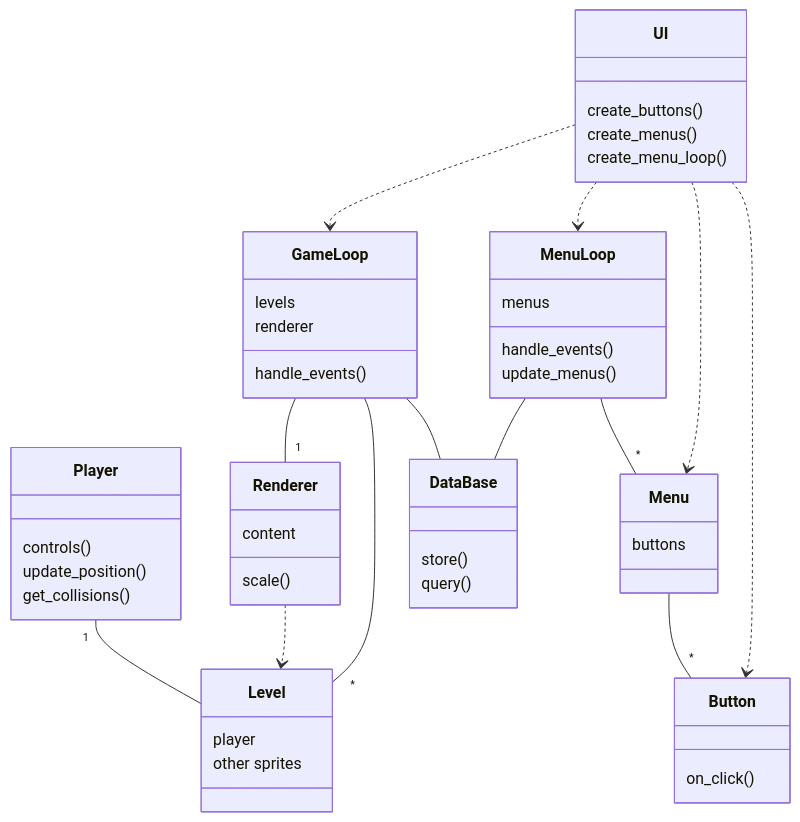
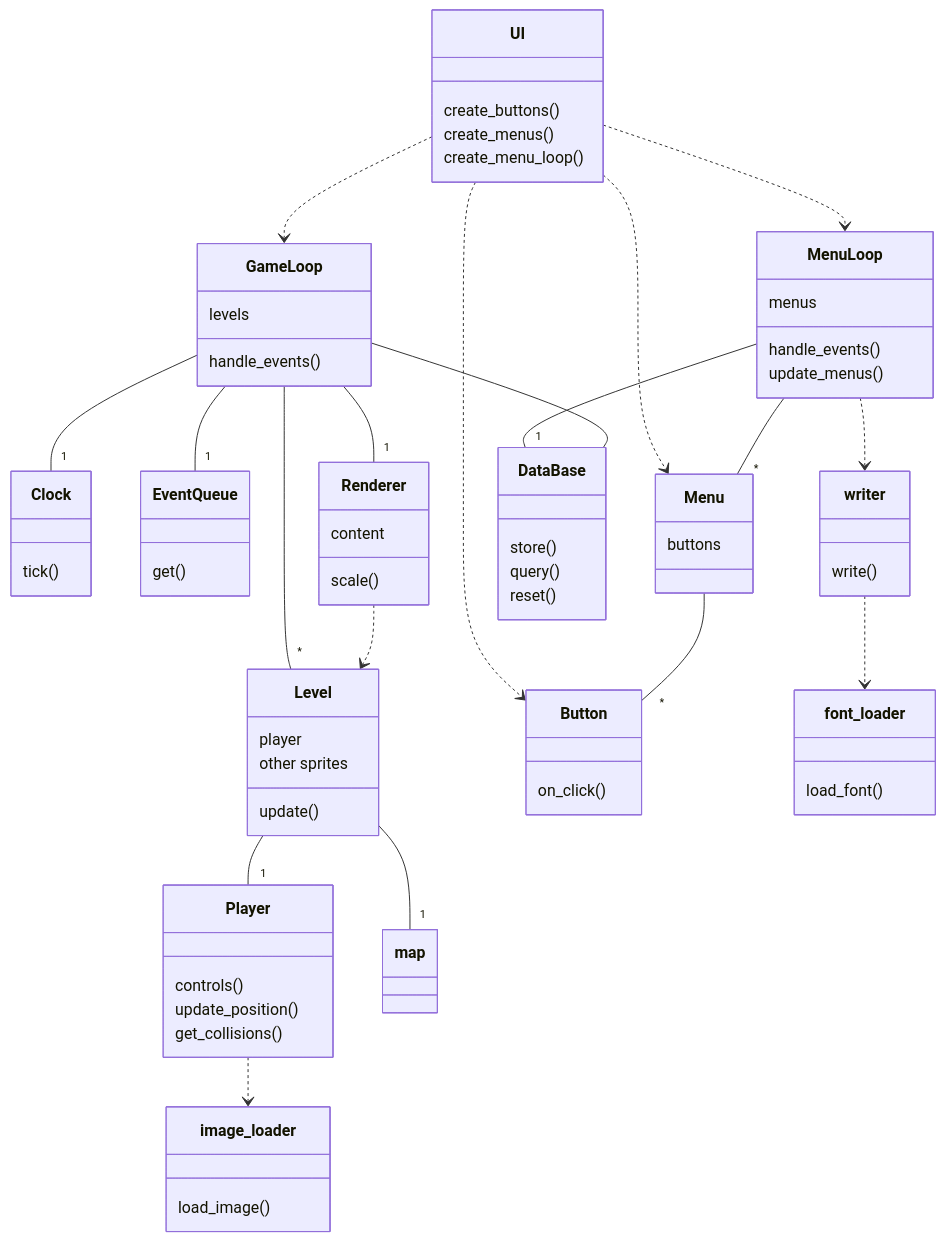
Before and after one commit to eemilhaa/ot-harjoitustyo: the first of 2 diagrams in documentation/architecture.md, drawn with Mermaid. The commit also changed other lines of this file, not shown here.

Commit message:
update architecture

````diff
--- a/documentation/architecture.md
+++ b/documentation/architecture.md
@@ -19,55 +24,83 @@
 ```mermaid
 classDiagram
+  
   class Player{
     controls()
     update_position()
     get_collisions()
   }
   class Level{
     player
     other sprites
+    update()
+  }
+  class Clock{
+    tick()
+  }
+  class EventQueue{
+    get()
   }
   class Renderer{
     content
     scale()
   }
   class GameLoop{
     levels
-    renderer
     handle_events()
   }
+  class map{ }
+  
   class Button{
     on_click()
   }
   class Menu{
     buttons
   }
   class MenuLoop{
     menus
     handle_events()
     update_menus()
   }
+  class writer{
+    write()
+  }
   class UI{
     create_buttons()
     create_menus()
     create_menu_loop()
   }
+  
+  class image_loader{
+    load_image()
+  }
+  class font_loader{
+    load_font()
+  }
+  
   class DataBase{
     store()
     query()
+    reset()
   }
   
-  Player "1"-- Level
+  Level --"1" Player
+  Level --"1" map
+  Player ..> image_loader
   Renderer ..> Level
   GameLoop --"*" Level
   GameLoop --"1" Renderer
+  GameLoop --"1" Clock
+  GameLoop --"1" EventQueue
   GameLoop -- DataBase
+  
   Menu --"*" Button
   MenuLoop --"*" Menu
-  MenuLoop -- DataBase
+  MenuLoop --"1" DataBase
+  MenuLoop ..> writer
+  writer ..> font_loader
   UI ..> Button
   UI ..> Menu
   UI ..> MenuLoop
   UI ..> GameLoop
   
 ```
````
